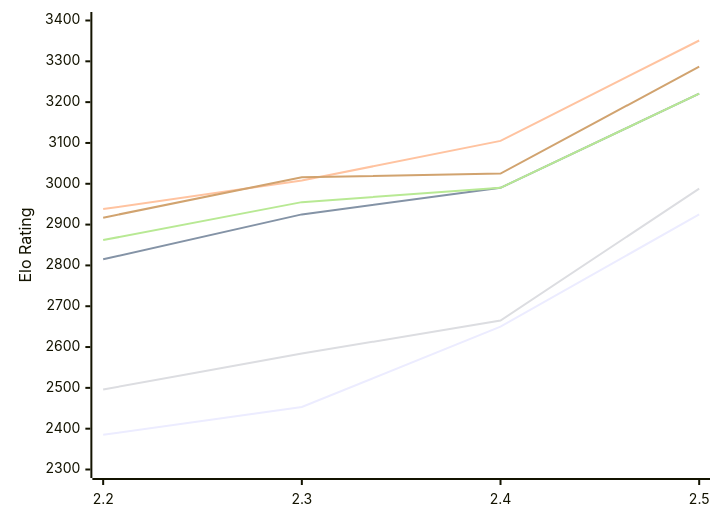
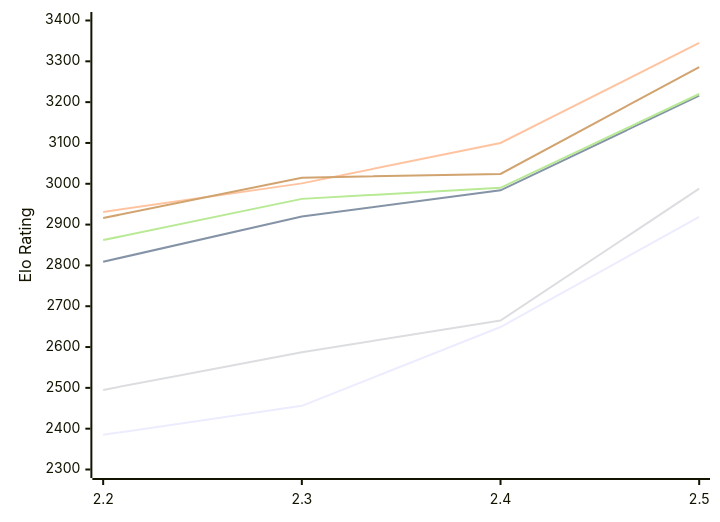
One commit to computer-chess-index/cci changed the first of 2 diagrams in engines/Sloth.md. Above: the diagram before and after it, drawn with Mermaid. The commit also changed other lines of this file, not shown here.

Commit message:
Update CCI Ratings (ELO VLTC) - 2026-11-26

````diff
--- a/engines/Sloth.md
+++ b/engines/Sloth.md
@@ -54,12 +54,12 @@
 ```mermaid
 %%{init: {"theme":"base","themeVariables":{"seriesColors:['#a3a3a3','#222221','#faa371']}}}%%
 xychart-beta
   x-axis ["2.2", "2.3", "2.4", "2.5"]
   y-axis "Elo Rating" 2300 --> 3400
-  line "E1: STC (8.0+0.08s)" [2385, 2453, 2650, 2925]
-  line "E1: LTC (60.0+0.60s)" [2815, 2925, 2990, 3221]
-  line "E1: VLTC (2m24s+1.12s)" [2938, 3008, 3105, 3351]
-  line "P1: STC (8.0+0.08s)" [2496, 2584, 2665, 2988]
-  line "P1: LTC (60.0+0.60s)" [2862, 2955, 2990, 3221]
-  line "P1: VLTC (2m24s+1.12s)" [2917, 3016, 3025, 3287]
+  line "E1: STC (8.0+0.08s)" [2385, 2456, 2649, 2919]
+  line "E1: LTC (60.0+0.60s)" [2809, 2920, 2984, 3216]
+  line "E1: VLTC (2m24s+1.12s)" [2931, 3001, 3100, 3345]
+  line "P1: STC (8.0+0.08s)" [2495, 2587, 2665, 2988]
+  line "P1: LTC (60.0+0.60s)" [2862, 2963, 2990, 3220]
+  line "P1: VLTC (2m24s+1.12s)" [2916, 3015, 3024, 3286]
 ```
````
